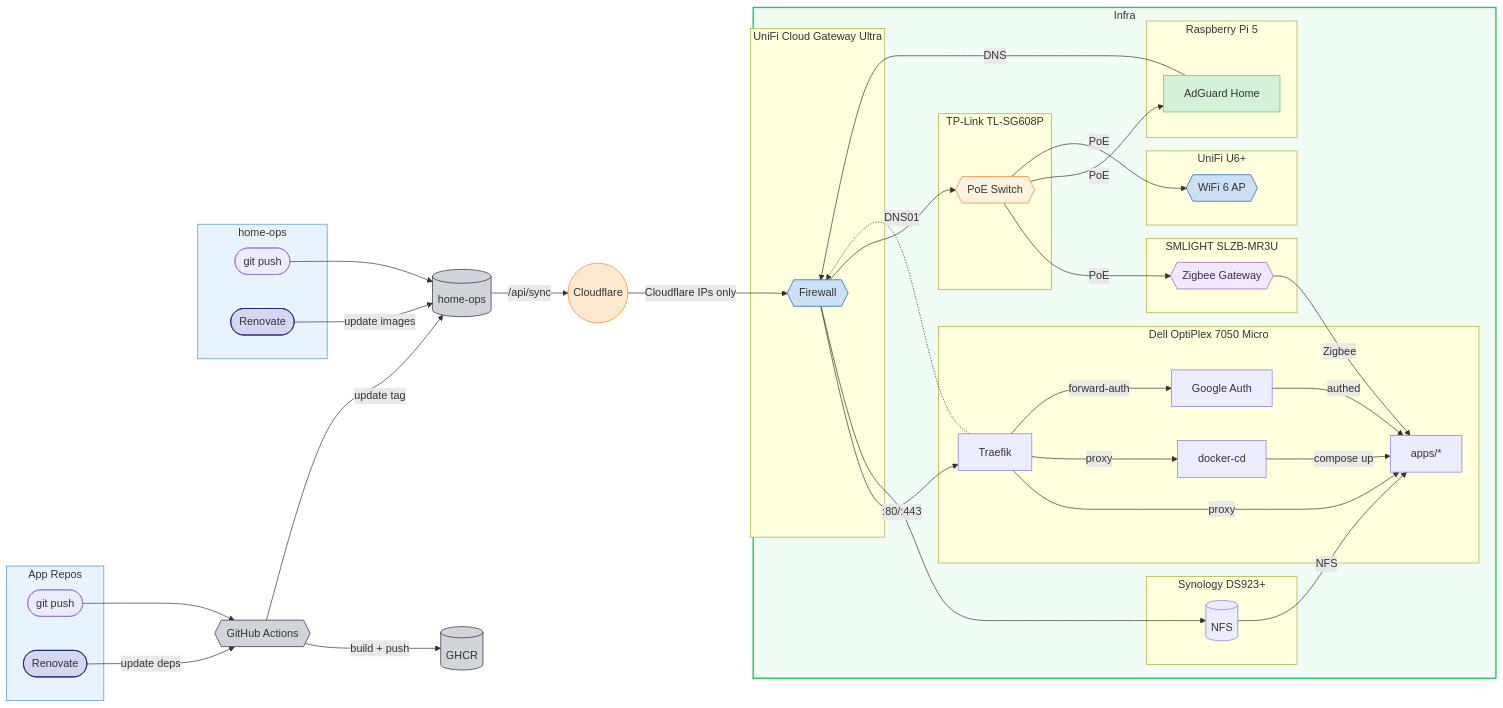
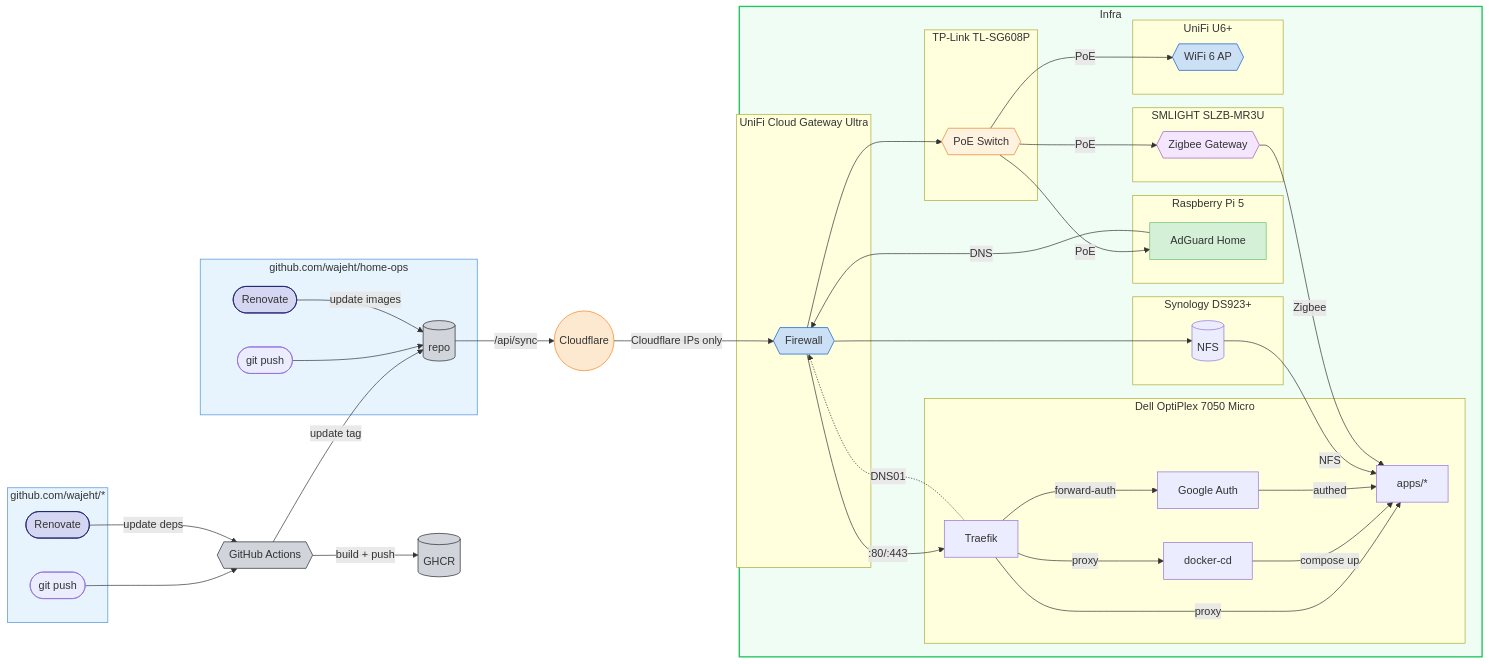
The diagram in README.md (wajeht/home-ops), drawn with Mermaid before and after one commit.

Commit message:
docs: update architecture diagram in readme

````diff
--- a/README.md
+++ b/README.md
@@ -16,77 +16,78 @@
 ```mermaid
 flowchart LR
-    subgraph app_repo[App Repos]
+    subgraph app_repo[github.com/wajeht/*]
         app_push([git push])
         app_renovate([Renovate])
     end
 
-    subgraph ops_repo[home-ops]
+    subgraph ops_repo[github.com/wajeht/home-ops]
         ops_push([git push])
         ops_renovate([Renovate])
+        github[(repo)]
     end
 
     app_push --> ci{{GitHub Actions}} -->|build + push| ghcr[(GHCR)]
     app_renovate -->|update deps| ci
-    ci -->|update tag| github[(home-ops)]
+    ci -->|update tag| github
     ops_push --> github
     ops_renovate -->|update images| github
     github -->|/api/sync| cf((Cloudflare)) -->|Cloudflare IPs only| unifi -->|:80/:443| traefik -->|proxy| apps
 
     subgraph infra[Infra]
         subgraph dell[Dell OptiPlex 7050 Micro]
             docker_cd[docker-cd] -->|compose up| apps[apps/*]
             traefik[Traefik] -->|proxy| docker_cd
             traefik -->|forward-auth| google_auth[Google Auth] -->|authed| apps
         end
 
         subgraph nas[Synology DS923+]
             nfs[(NFS)]
         end
 
         subgraph ucg[UniFi Cloud Gateway Ultra]
             unifi{{Firewall}}
         end
 
         subgraph pi[Raspberry Pi 5]
             adguard[AdGuard Home]
         end
 
         subgraph slzb[SMLIGHT SLZB-MR3U]
             zigbee{{Zigbee Gateway}}
         end
 
         subgraph tplink[TP-Link TL-SG608P]
             poe{{PoE Switch}}
         end
 
         subgraph u6[UniFi U6+]
             ap{{WiFi 6 AP}}
         end
 
         nfs -->|NFS| apps
         adguard -->|DNS| unifi
         unifi --> nfs
         unifi --> poe
         poe -->|PoE| zigbee
         poe -->|PoE| adguard
         poe -->|PoE| ap
         zigbee -->|Zigbee| apps
     end
 
     traefik -.->|DNS01| unifi
 
     style app_repo fill:#e8f4fd,stroke:#4a90d9
     style ops_repo fill:#e8f4fd,stroke:#4a90d9
     style infra fill:#f0fdf4,stroke:#22c55e,stroke-width:2px
     style cf fill:#fde8d0,stroke:#f6821f,color:#333
     style github fill:#d1d5db,stroke:#24292e,color:#333
     style ghcr fill:#d1d5db,stroke:#24292e,color:#333
     style ci fill:#d1d5db,stroke:#24292e,color:#333
     style app_renovate fill:#d5d7f2,stroke:#1a1f6c,color:#333
     style ops_renovate fill:#d5d7f2,stroke:#1a1f6c,color:#333
     style adguard fill:#d4f0d7,stroke:#68bc71,color:#333
     style unifi fill:#cce0f5,stroke:#0559c9,color:#333
     style zigbee fill:#f5e6ff,stroke:#9b59b6,color:#333
     style poe fill:#fff3e0,stroke:#e67e22,color:#333
     style ap fill:#cce0f5,stroke:#0559c9,color:#333
 ```
````
